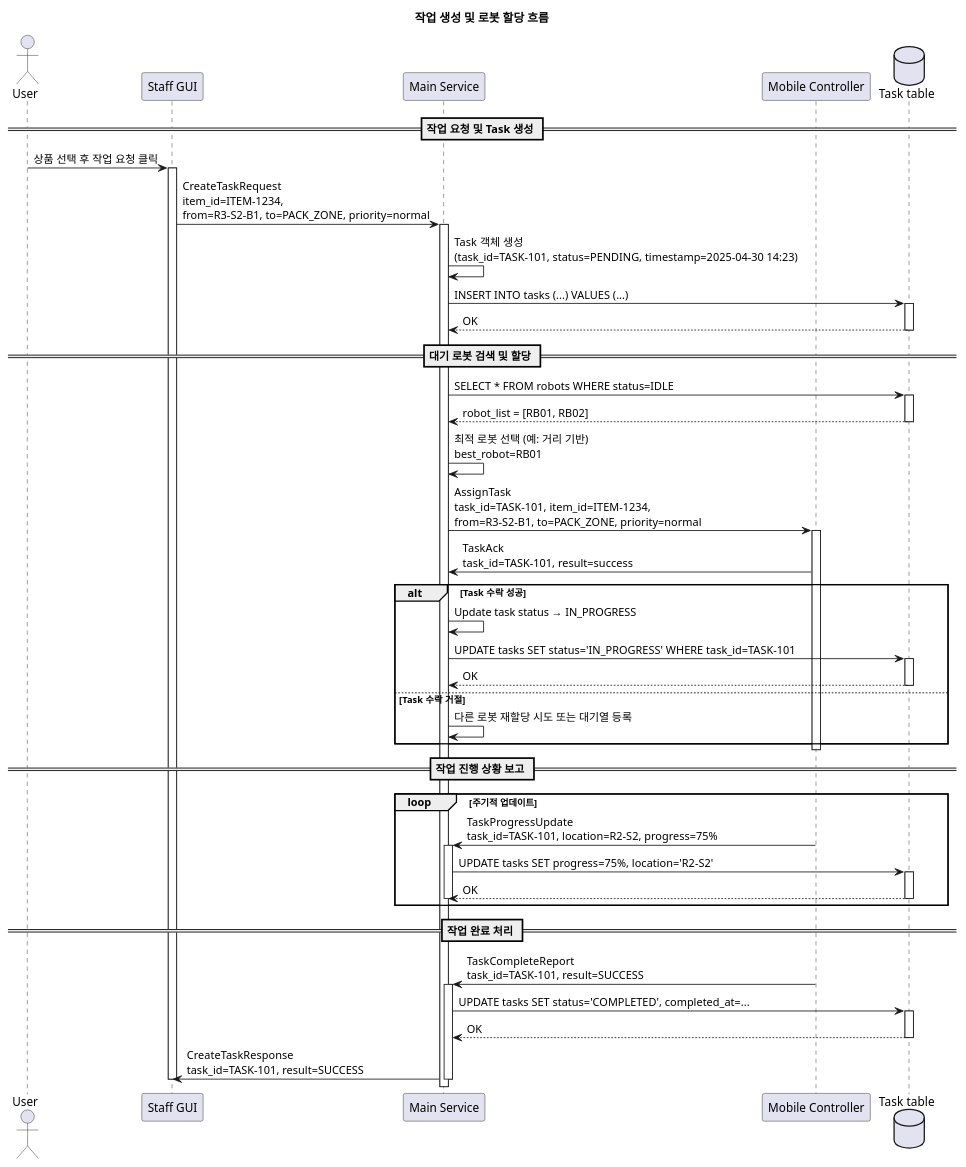
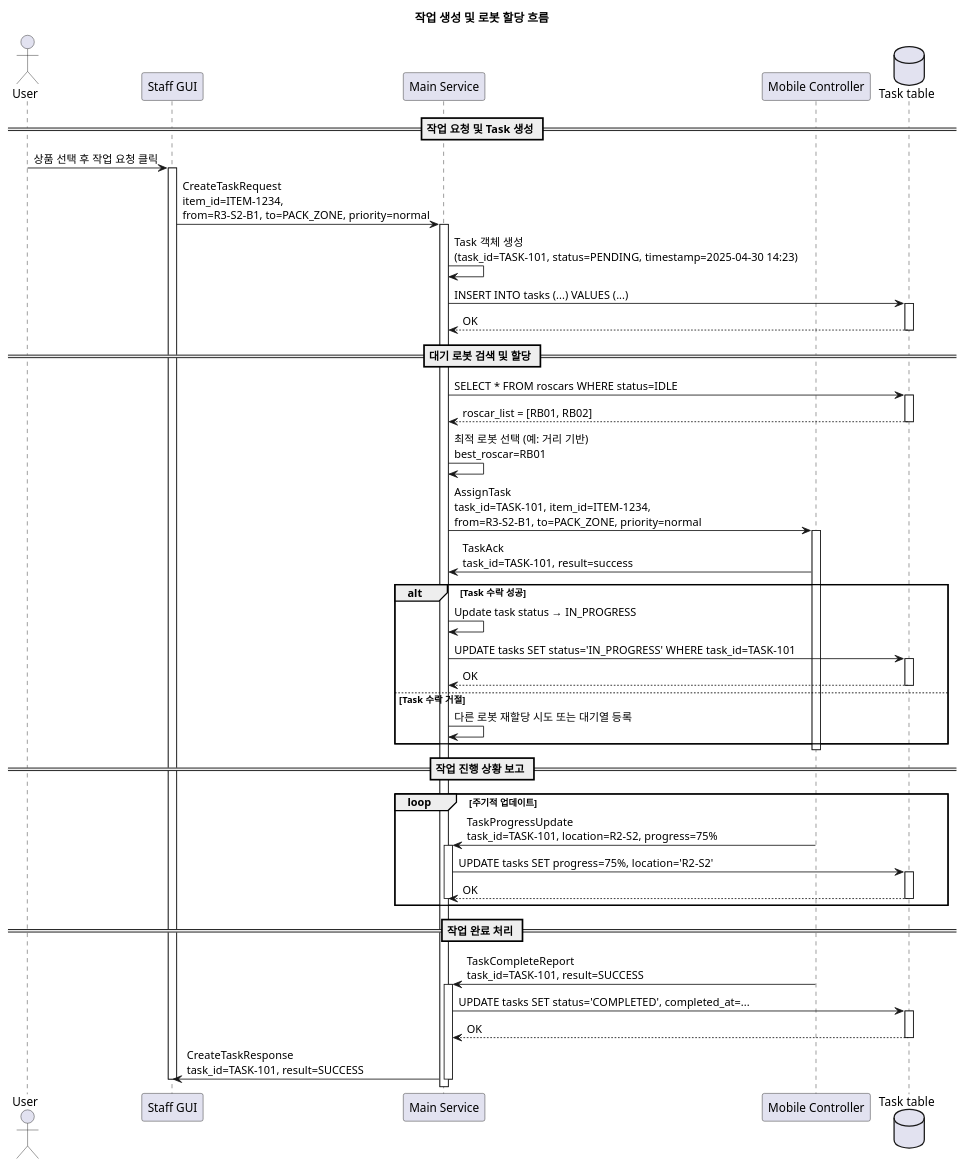
Before and after one commit to addinedu-ros-8th/ros-repo-3: the third of 8 diagrams in docs/sequence_diagram v3.md, drawn with PlantUML. The commit also changed other lines of this file and 108 other files, not shown here.

Commit message:
Fix build and Rename robot to roscar

````diff
--- a/docs/sequence_diagram v3.md
+++ b/docs/sequence_diagram v3.md
@@ -161,75 +161,75 @@
 ```plantuml
 @startuml
 title 작업 생성 및 로봇 할당 흐름
 
 actor User
 participant "Staff GUI" as Staff
 participant "Main Service" as Main
 participant "Mobile Controller" as Mobile
 database "Task table" as DB
 
 == 작업 요청 및 Task 생성 ==
 
 User -> Staff : 상품 선택 후 작업 요청 클릭
 activate Staff
 
 Staff -> Main : CreateTaskRequest\nitem_id=ITEM-1234,\nfrom=R3-S2-B1, to=PACK_ZONE, priority=normal
 activate Main
 
 Main -> Main : Task 객체 생성\n(task_id=TASK-101, status=PENDING, timestamp=2025-04-30 14:23)
 Main -> DB : INSERT INTO tasks (...) VALUES (...)
 activate DB
 DB --> Main : OK
 deactivate DB
 
 == 대기 로봇 검색 및 할당 ==
 
-Main -> DB : SELECT * FROM robots WHERE status=IDLE
+Main -> DB : SELECT * FROM roscars WHERE status=IDLE
 activate DB
-DB --> Main : robot_list = [RB01, RB02]
+DB --> Main : roscar_list = [RB01, RB02]
 deactivate DB
 
-Main -> Main : 최적 로봇 선택 (예: 거리 기반)\nbest_robot=RB01
+Main -> Main : 최적 로봇 선택 (예: 거리 기반)\nbest_roscar=RB01
 
 Main -> Mobile : AssignTask\ntask_id=TASK-101, item_id=ITEM-1234,\nfrom=R3-S2-B1, to=PACK_ZONE, priority=normal
 activate Mobile
 
 Mobile -> Main : TaskAck\ntask_id=TASK-101, result=success
 alt Task 수락 성공
     Main -> Main : Update task status → IN_PROGRESS
     Main -> DB : UPDATE tasks SET status='IN_PROGRESS' WHERE task_id=TASK-101
     activate DB
     DB --> Main : OK
     deactivate DB
 else Task 수락 거절
     Main -> Main : 다른 로봇 재할당 시도 또는 대기열 등록
 end
 deactivate Mobile
 
 == 작업 진행 상황 보고 ==
 
 loop 주기적 업데이트
     Mobile -> Main : TaskProgressUpdate\ntask_id=TASK-101, location=R2-S2, progress=75%
     activate Main
     Main -> DB : UPDATE tasks SET progress=75%, location='R2-S2'
     activate DB
     DB --> Main : OK
     deactivate DB
     deactivate Main
 end
 
 == 작업 완료 처리 ==
 
 Mobile -> Main : TaskCompleteReport\ntask_id=TASK-101, result=SUCCESS
 activate Main
 Main -> DB : UPDATE tasks SET status='COMPLETED', completed_at=...
 activate DB
 DB --> Main : OK
 deactivate DB
 
 Main -> Staff : CreateTaskResponse\ntask_id=TASK-101, result=SUCCESS
 deactivate Main
 deactivate Staff
 
 @enduml
 ```
````
